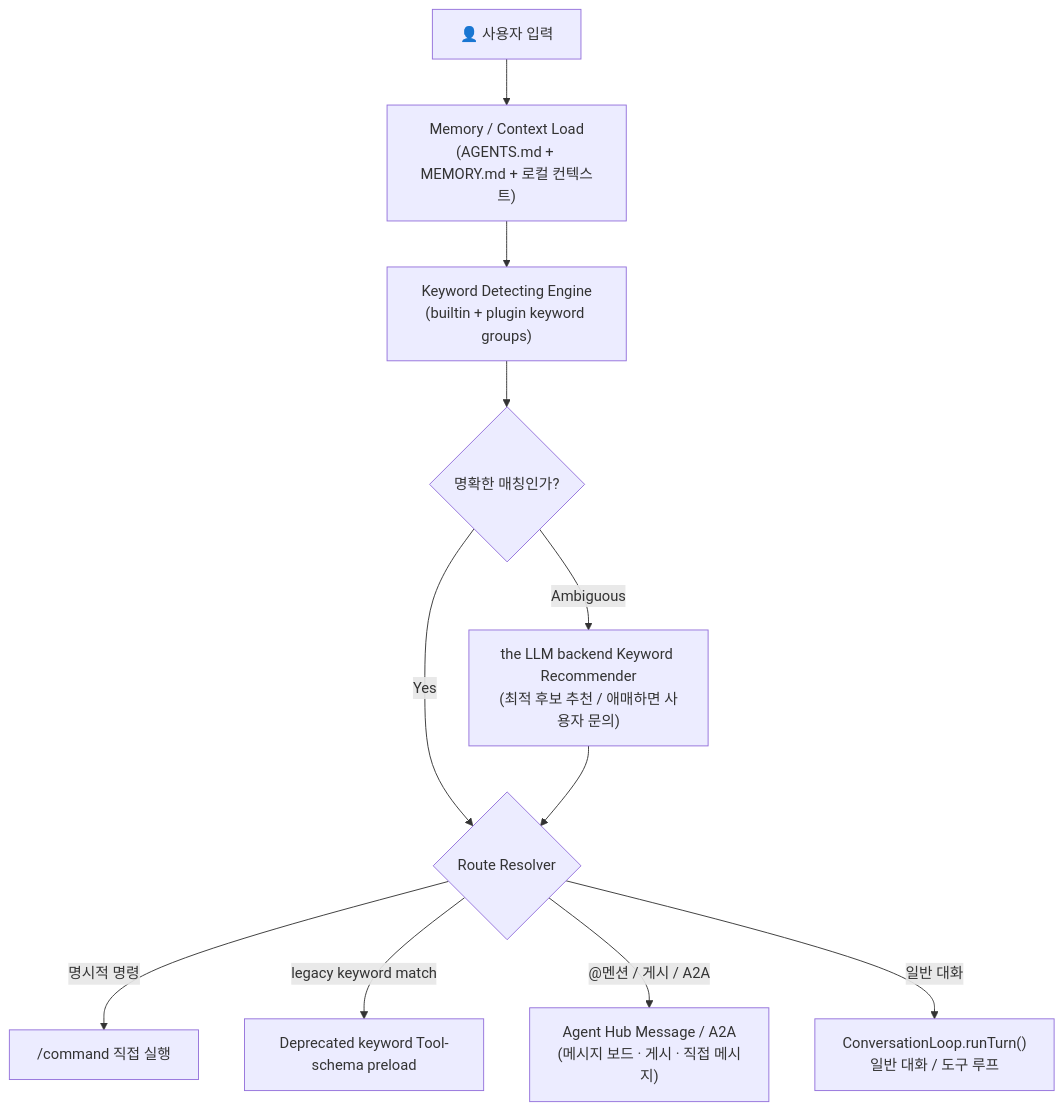
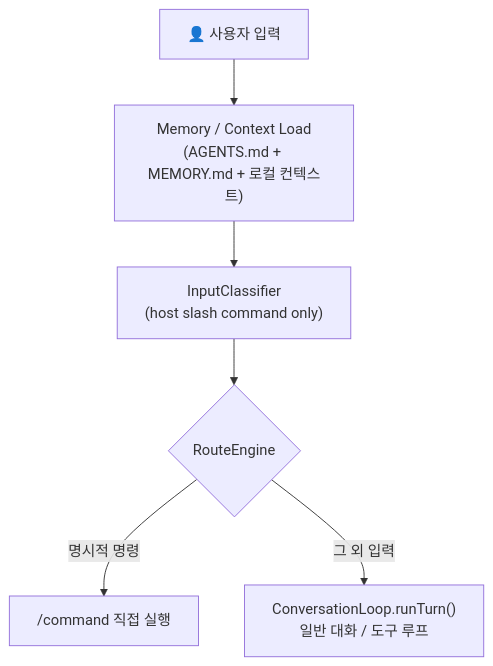
Before and after one commit to lvis-project/lvis-app: the seventh of 44 diagrams in docs/ko/architecture/architecture.md, drawn with Mermaid. The commit also changed other lines of this file and 130 other files, not shown here.

````diff
--- a/docs/ko/architecture/architecture.md
+++ b/docs/ko/architecture/architecture.md
@@ -439,22 +440,14 @@
 ```mermaid
 flowchart TB
     INPUT["👤 사용자 입력"]
     MEMORY["Memory / Context Load<br/>(AGENTS.md + MEMORY.md + 로컬 컨텍스트)"]
-    DETECT["Keyword Detecting Engine<br/>(builtin + plugin keyword groups)"]
-    DISAMBIG{"명확한 매칭인가?"}
-    RECOMMEND["the LLM backend Keyword Recommender<br/>(최적 후보 추천 / 애매하면 사용자 문의)"]
-    ROUTE{"Route Resolver"}
+    CLASSIFY["InputClassifier<br/>(host slash command only)"]
+    ROUTE{"RouteEngine"}
 
     COMMAND["/command 직접 실행"]
-    SKILL["Deprecated keyword Tool-schema preload"]
-    AGENT["Agent Hub Message / A2A<br/>(메시지 보드 · 게시 · 직접 메시지)"]
     CHAT["ConversationLoop.runTurn()<br/>일반 대화 / 도구 루프"]
 
-    INPUT --> MEMORY --> DETECT --> DISAMBIG
-    DISAMBIG -->|"Yes"| ROUTE
-    DISAMBIG -->|"Ambiguous"| RECOMMEND --> ROUTE
+    INPUT --> MEMORY --> CLASSIFY --> ROUTE
     ROUTE -->|"명시적 명령"| COMMAND
-    ROUTE -->|"legacy keyword match"| SKILL
-    ROUTE -->|"@멘션 / 게시 / A2A"| AGENT
-    ROUTE -->|"일반 대화"| CHAT
+    ROUTE -->|"그 외 입력"| CHAT
 ```
````
